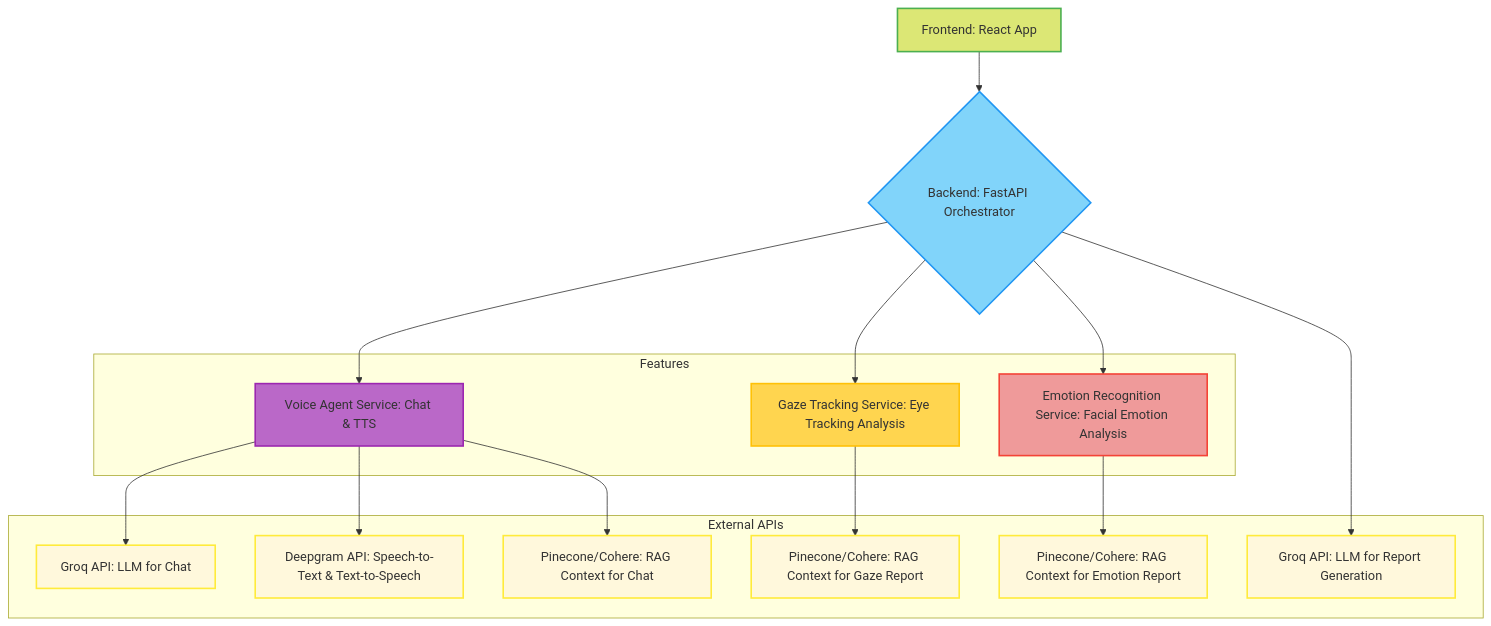
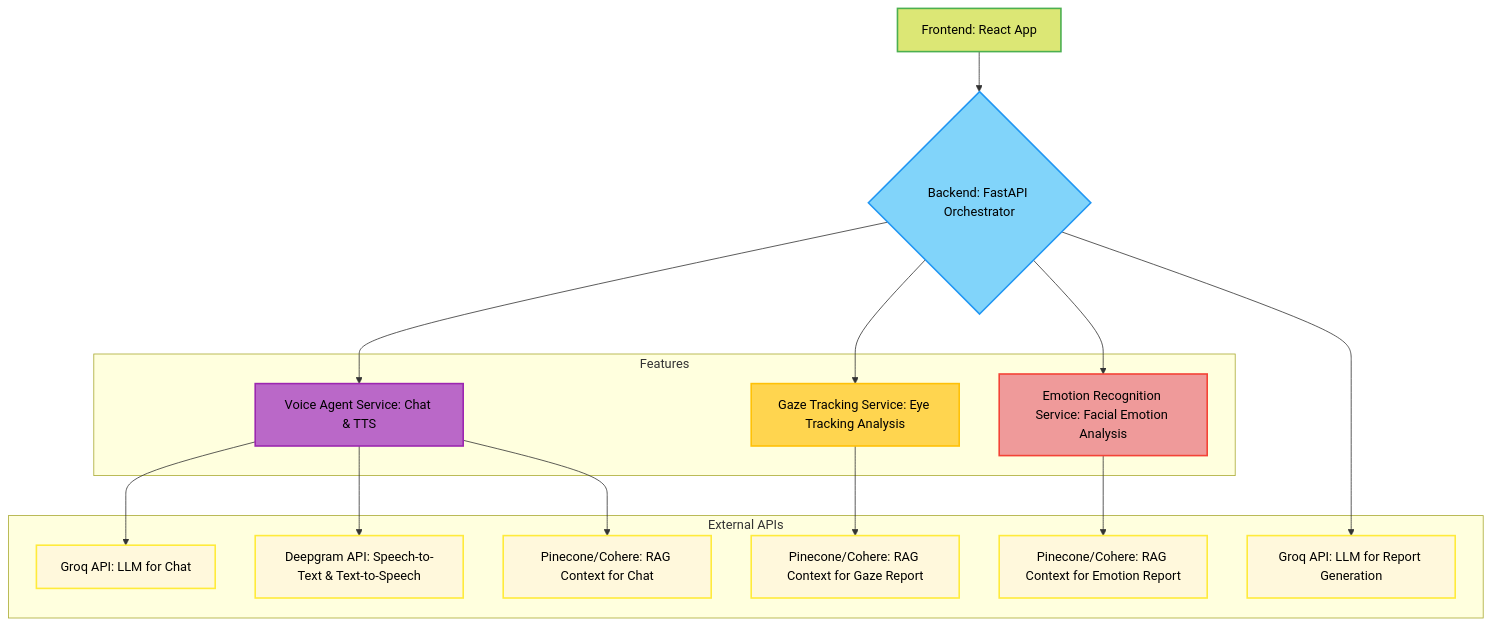
The first of 3 diagrams in backend/README.md (MeriemTerki/PsycheAI), drawn with Mermaid before and after one commit. The commit also changed other lines of this file, not shown here.

````diff
--- a/backend/README.md
+++ b/backend/README.md
@@ -9,41 +9,41 @@
 ```mermaid
 graph TD
     A[Frontend: React App] --> B{Backend: FastAPI Orchestrator}
     B --> C[Voice Agent Service: Chat & TTS]
     B --> D[Gaze Tracking Service: Eye Tracking Analysis]
     B --> E[Emotion Recognition Service: Facial Emotion Analysis]
     C --> F[Groq API: LLM for Chat]
     B --> G[Groq API: LLM for Report Generation]
     C --> H[Deepgram API: Speech-to-Text & Text-to-Speech]
     C --> I[Pinecone/Cohere: RAG Context for Chat]
     D --> J[Pinecone/Cohere: RAG Context for Gaze Report]
     E --> K[Pinecone/Cohere: RAG Context for Emotion Report]
 
     subgraph Features
         C
         D
         E
     end
 
     subgraph External APIs
         F
         G
         H
         I
         J
         K
     end
 
-    style A fill:#DCE775,stroke:#4CAF50,stroke-width:2px,font-fill:#FFFFFF
-    style B fill:#81D4FA,stroke:#2196F3,stroke-width:2px,font-fill:#FFFFFF
-    style C fill:#BA68C8,stroke:#9C27B0,stroke-width:2px,font-fill:#FFFFFF
-    style D fill:#FFD54F,stroke:#FFC107,stroke-width:2px,font-fill:#FFFFFF
-    style E fill:#EF9A9A,stroke:#F44336,stroke-width:2px,font-fill:#FFFFFF
-    style F fill:#FFF8DC,stroke:#FFEB3B,stroke-width:2px,font-fill:#FFFFFF
-    style G fill:#FFF8DC,stroke:#FFEB3B,stroke-width:2px,font-fill:#FFFFFF
-    style H fill:#FFF8DC,stroke:#FFEB3B,stroke-width:2px,font-fill:#FFFFFF
-    style I fill:#FFF8DC,stroke:#FFEB3B,stroke-width:2px,font-fill:#FFFFFF
-    style J fill:#FFF8DC,stroke:#FFEB3B,stroke-width:2px,font-fill:#FFFFFF
-    style K fill:#FFF8DC,stroke:#FFEB3B,stroke-width:2px,font-fill:#FFFFFF
+    style A fill:#DCE775,stroke:#4CAF50,stroke-width:2px,color:#000000
+    style B fill:#81D4FA,stroke:#2196F3,stroke-width:2px,color:#000000
+    style C fill:#BA68C8,stroke:#9C27B0,stroke-width:2px,color:#000000
+    style D fill:#FFD54F,stroke:#FFC107,stroke-width:2px,color:#000000
+    style E fill:#EF9A9A,stroke:#F44336,stroke-width:2px,color:#000000
+    style F fill:#FFF8DC,stroke:#FFEB3B,stroke-width:2px,color:#000000
+    style G fill:#FFF8DC,stroke:#FFEB3B,stroke-width:2px,color:#000000
+    style H fill:#FFF8DC,stroke:#FFEB3B,stroke-width:2px,color:#000000
+    style I fill:#FFF8DC,stroke:#FFEB3B,stroke-width:2px,color:#000000
+    style J fill:#FFF8DC,stroke:#FFEB3B,stroke-width:2px,color:#000000
+    style K fill:#FFF8DC,stroke:#FFEB3B,stroke-width:2px,color:#000000
 
 ```
````
